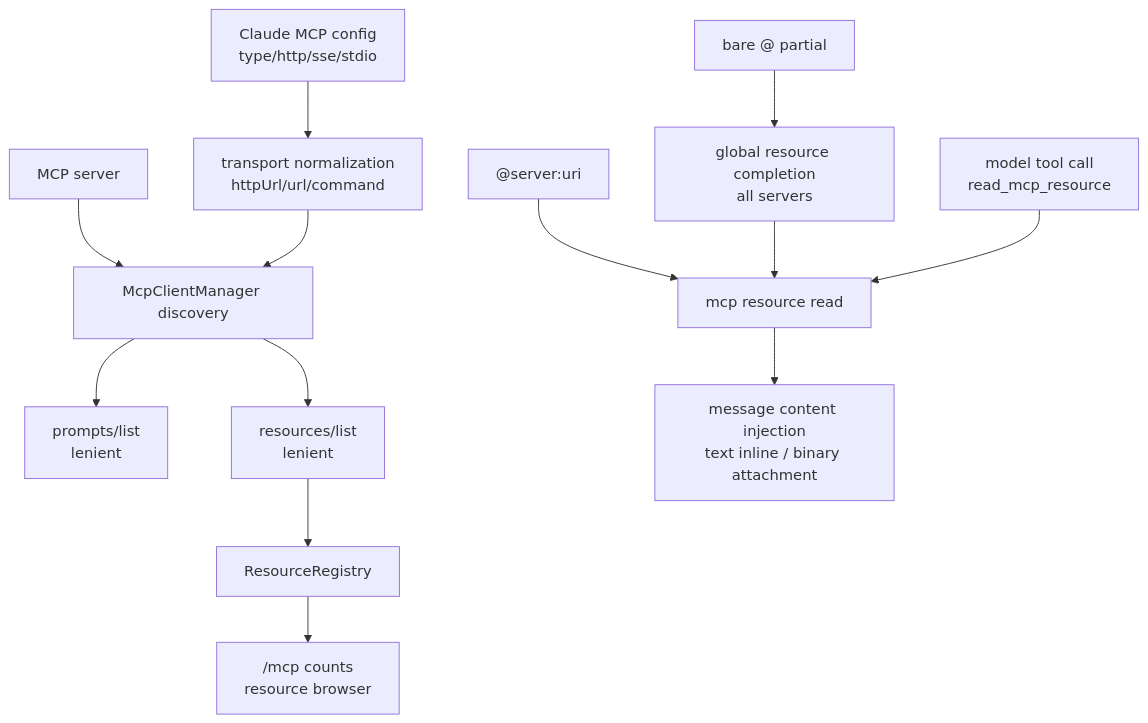
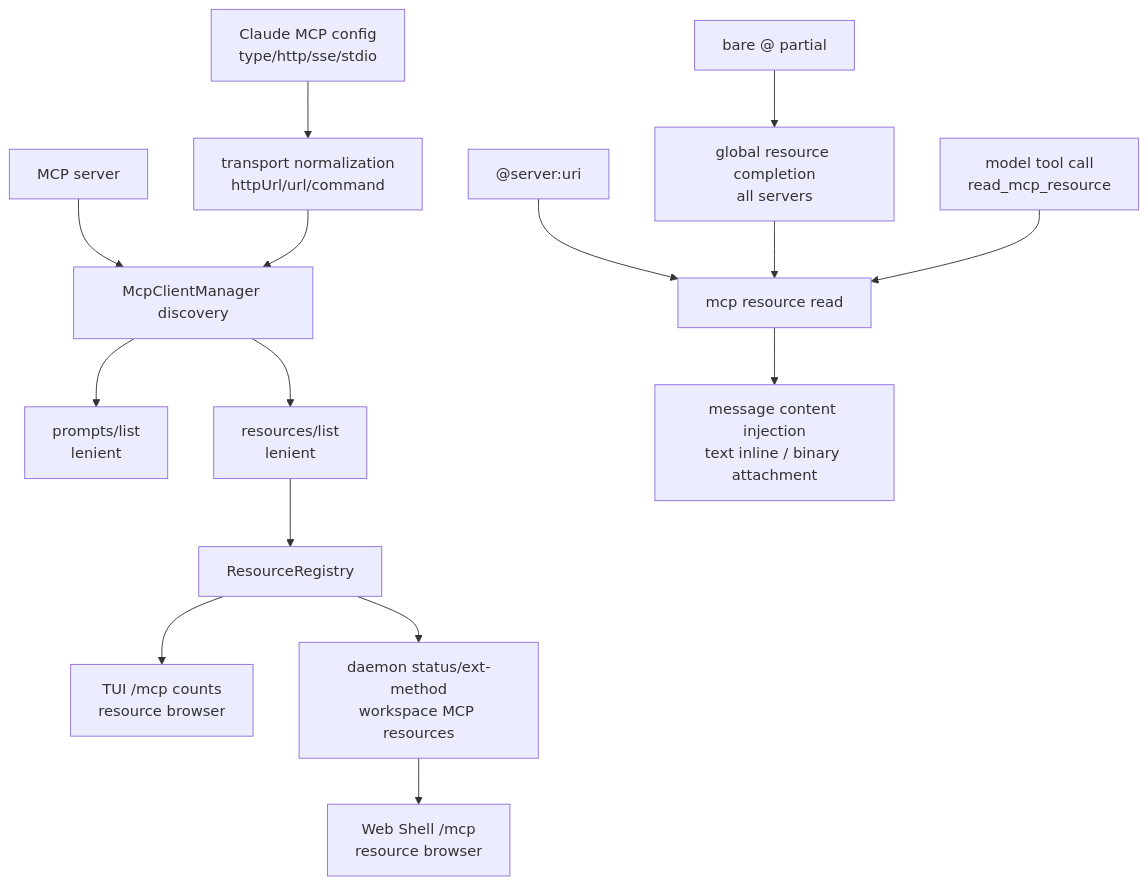
Before and after one commit to doudouOUC/code_agent: the diagram in qwen-code/feature/mcp-resources-prompts.md, drawn with Mermaid. The commit also changed other lines of this file and 8 other files, not shown here.

````diff
--- a/qwen-code/feature/mcp-resources-prompts.md
+++ b/qwen-code/feature/mcp-resources-prompts.md
@@ -23,15 +23,17 @@
 ```mermaid
 flowchart TB
   MCP["MCP server"] --> DISC["McpClientManager discovery"]
   DISC --> PROMPTS["prompts/list<br/>lenient"]
   DISC --> RESLIST["resources/list<br/>lenient"]
   RESLIST --> REG["ResourceRegistry"]
-  REG --> UI["/mcp counts<br/>resource browser"]
+  REG --> UI["TUI /mcp counts<br/>resource browser"]
+  REG --> DAEMON["daemon status/ext-method<br/>workspace MCP resources"]
+  DAEMON --> WEB["Web Shell /mcp<br/>resource browser"]
   USER["@server:uri"] --> READ["mcp resource read"]
   USER2["bare @ partial"] --> GLOB["global resource completion<br/>all servers"]
   GLOB --> READ
   MODEL["model tool call<br/>read_mcp_resource"] --> READ
   READ --> INJECT["message content injection<br/>text inline / binary attachment"]
   CFG["Claude MCP config<br/>type/http/sse/stdio"] --> NORM["transport normalization<br/>httpUrl/url/command"]
   NORM --> DISC
 ```
````
